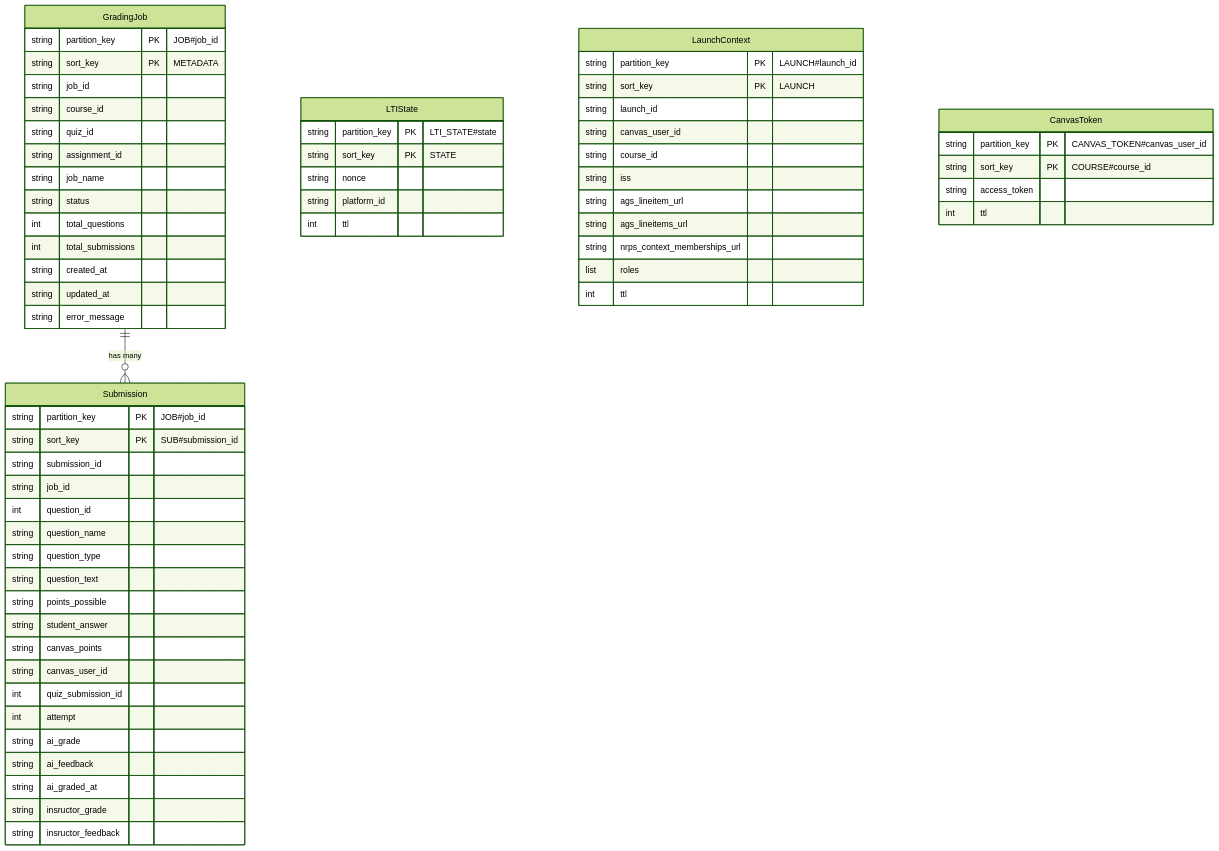
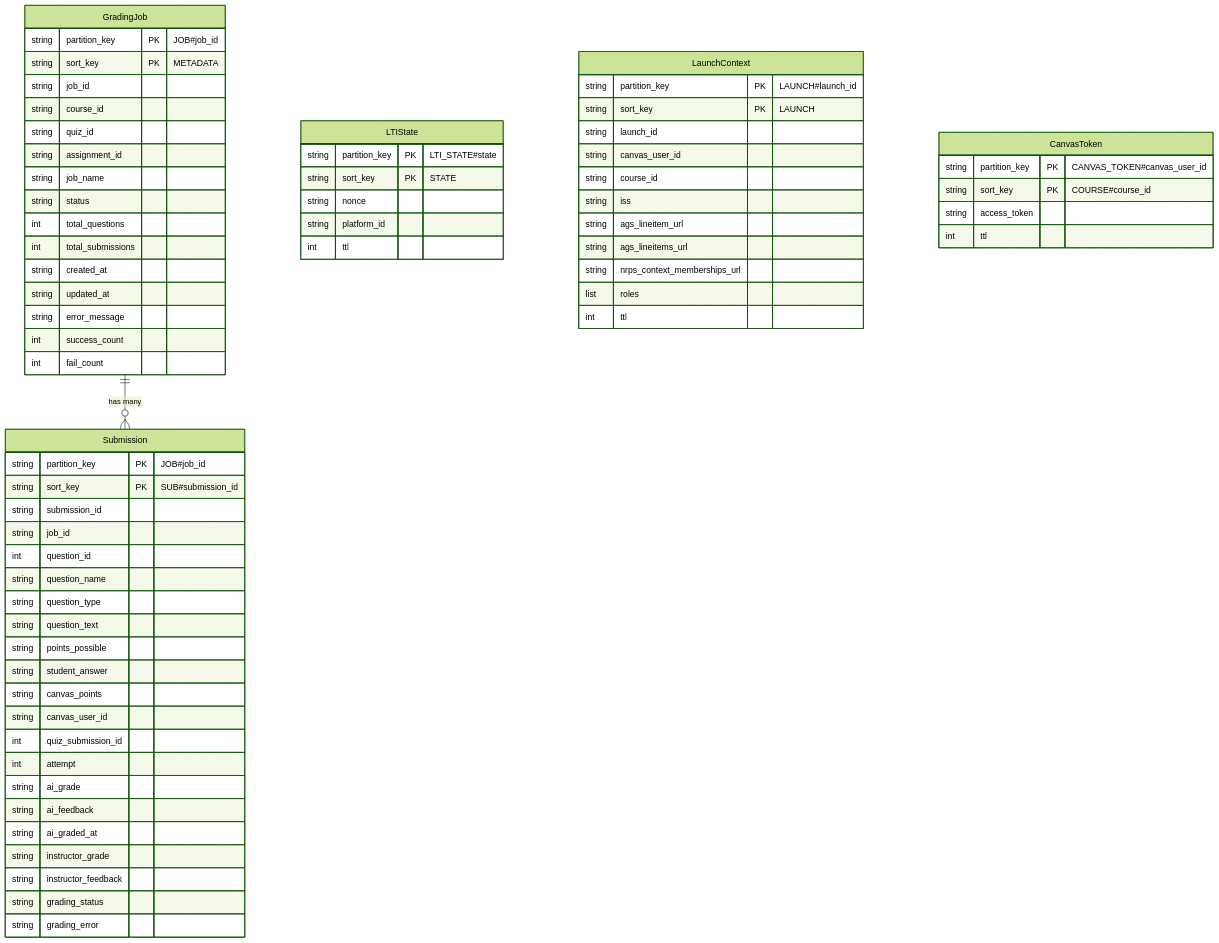
The diagram in docs/data-models/index.md (UBCForestryTLS/grading-helper-service), drawn with Mermaid (forest theme) before and after one commit. The commit also changed other lines of this file and 5 other files, not shown here.

````diff
--- a/docs/data-models/index.md
+++ b/docs/data-models/index.md
@@ -9,71 +9,75 @@
 ```mermaid
 erDiagram
     GradingJob {
         string partition_key PK "JOB#job_id"
         string sort_key PK "METADATA"
         string job_id
         string course_id
         string quiz_id
         string assignment_id
         string job_name
         string status
         int total_questions
         int total_submissions
         string created_at
         string updated_at
         string error_message
+        int success_count
+        int fail_count
     }
 
     Submission {
         string partition_key PK "JOB#job_id"
         string sort_key PK "SUB#submission_id"
         string submission_id
         string job_id
         int question_id
         string question_name
         string question_type
         string question_text
         string points_possible
         string student_answer
         string canvas_points
         string canvas_user_id
         int quiz_submission_id
         int attempt
         string ai_grade
         string ai_feedback
         string ai_graded_at
-        string insructor_grade
-        string insructor_feedback
+        string instructor_grade
+        string instructor_feedback
+        string grading_status
+        string grading_error
     }
 
     LTIState {
         string partition_key PK "LTI_STATE#state"
         string sort_key PK "STATE"
         string nonce
         string platform_id
         int ttl
     }
 
     LaunchContext {
         string partition_key PK "LAUNCH#launch_id"
         string sort_key PK "LAUNCH"
         string launch_id
         string canvas_user_id
         string course_id
         string iss
         string ags_lineitem_url
         string ags_lineitems_url
         string nrps_context_memberships_url
         list roles
         int ttl
     }
 
     CanvasToken {
         string partition_key PK "CANVAS_TOKEN#canvas_user_id"
         string sort_key PK "COURSE#course_id"
         string access_token
         int ttl
     }
 
     GradingJob ||--o{ Submission : "has many"
 ```
````
